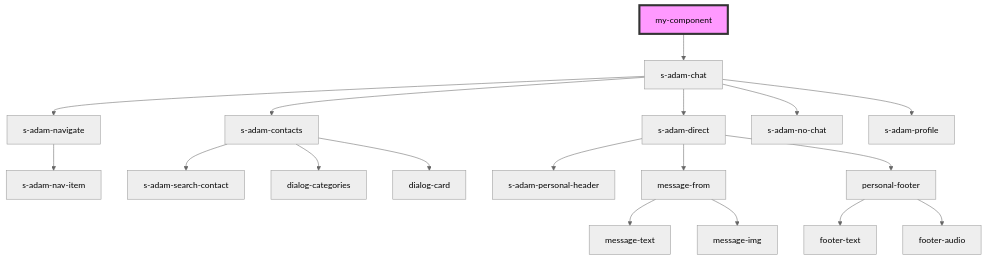
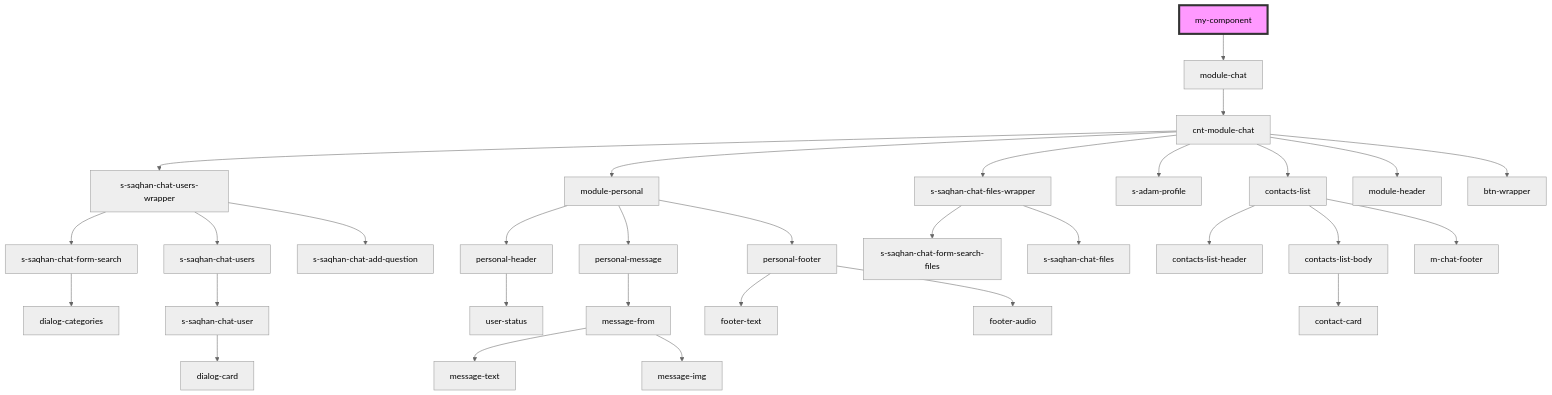
The diagram in src/components/my-component/readme.md (saqhan/stencil-chat), drawn with Mermaid (neutral theme) before and after one commit. The commit also changed other lines of this file and 26 other files, not shown here.

````diff
--- a/src/components/my-component/readme.md
+++ b/src/components/my-component/readme.md
@@ -13,21 +13,34 @@
 ```mermaid
 graph TD;
-  my-component --> s-adam-chat
-  s-adam-chat --> s-adam-navigate
-  s-adam-chat --> s-adam-contacts
-  s-adam-chat --> s-adam-direct
-  s-adam-chat --> s-adam-no-chat
-  s-adam-chat --> s-adam-profile
-  s-adam-navigate --> s-adam-nav-item
-  s-adam-contacts --> s-adam-search-contact
-  s-adam-contacts --> dialog-categories
-  s-adam-contacts --> dialog-card
-  s-adam-direct --> s-adam-personal-header
-  s-adam-direct --> message-from
-  s-adam-direct --> personal-footer
+  my-component --> module-chat
+  module-chat --> cnt-module-chat
+  cnt-module-chat --> s-saqhan-chat-users-wrapper
+  cnt-module-chat --> module-personal
+  cnt-module-chat --> s-saqhan-chat-files-wrapper
+  cnt-module-chat --> s-adam-profile
+  cnt-module-chat --> contacts-list
+  cnt-module-chat --> module-header
+  cnt-module-chat --> btn-wrapper
+  s-saqhan-chat-users-wrapper --> s-saqhan-chat-form-search
+  s-saqhan-chat-users-wrapper --> s-saqhan-chat-users
+  s-saqhan-chat-users-wrapper --> s-saqhan-chat-add-question
+  s-saqhan-chat-form-search --> dialog-categories
+  s-saqhan-chat-users --> s-saqhan-chat-user
+  s-saqhan-chat-user --> dialog-card
+  module-personal --> personal-header
+  module-personal --> personal-message
+  module-personal --> personal-footer
+  personal-header --> user-status
+  personal-message --> message-from
   message-from --> message-text
   message-from --> message-img
   personal-footer --> footer-text
   personal-footer --> footer-audio
+  s-saqhan-chat-files-wrapper --> s-saqhan-chat-form-search-files
+  s-saqhan-chat-files-wrapper --> s-saqhan-chat-files
+  contacts-list --> contacts-list-header
+  contacts-list --> contacts-list-body
+  contacts-list --> m-chat-footer
+  contacts-list-body --> contact-card
   style my-component fill:#f9f,stroke:#333,stroke-width:4px
 ```
````
